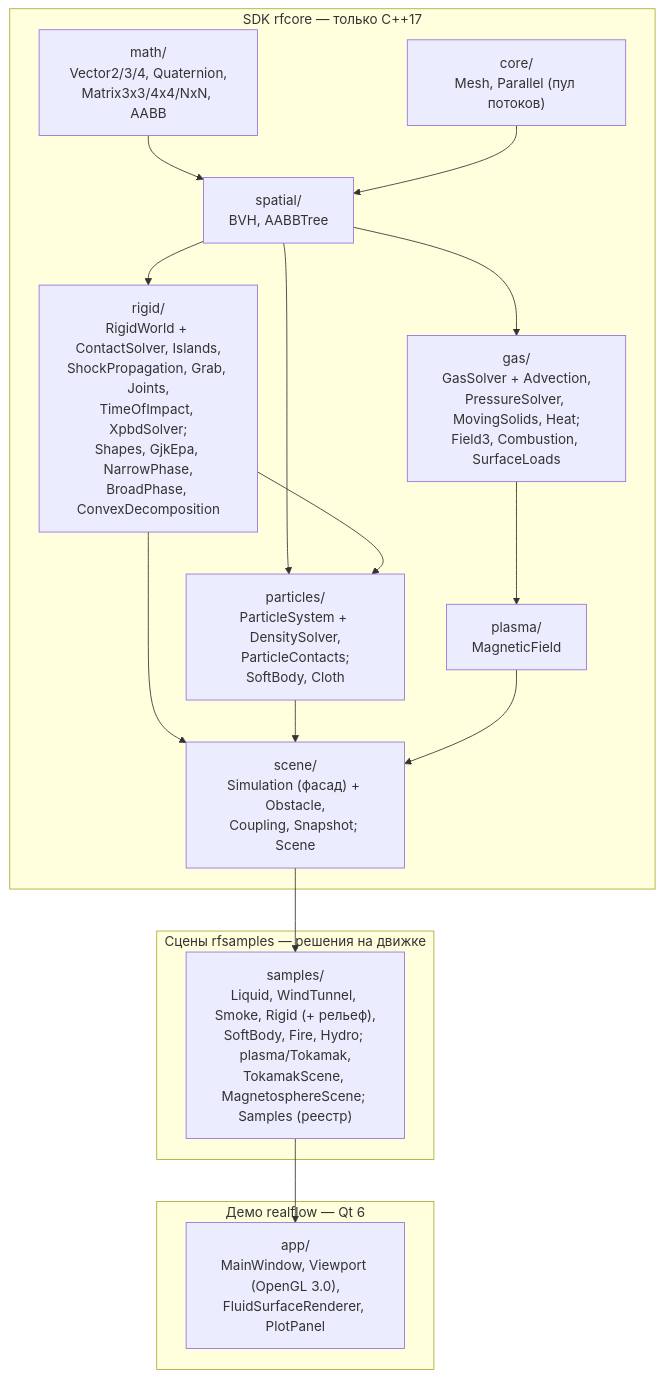
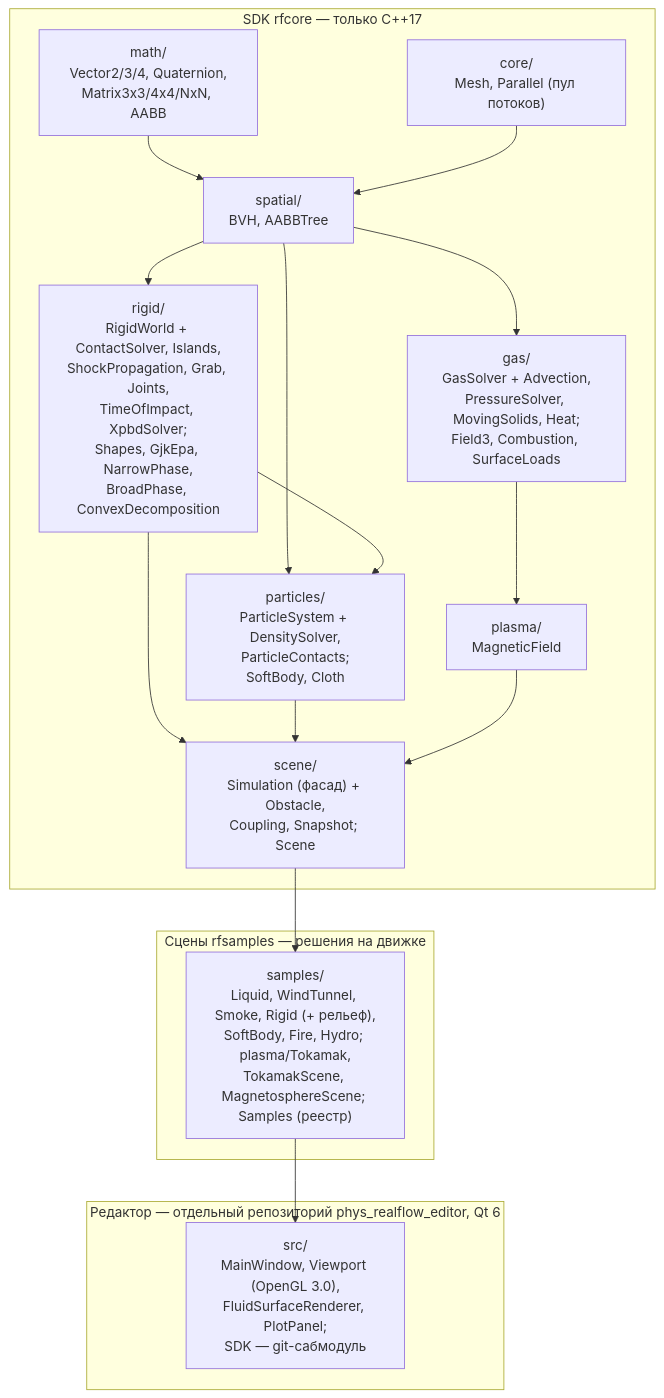
Before and after one commit to werasaimon/phys_realflow: the diagram in docs/README.md, drawn with Mermaid. The commit also changed other lines of this file and 24 other files, not shown here.

First line of the commit message:
Разделение: SDK без Qt, редактор в phys_realflow_editor с SDK как сабмодулем

````diff
--- a/docs/README.md
+++ b/docs/README.md
@@ -38,31 +38,31 @@
 ```mermaid
 flowchart TB
     subgraph SDK["SDK rfcore — только C++17"]
         math["math/<br/>Vector2/3/4, Quaternion,<br/>Matrix3x3/4x4/NxN, AABB"]
         core["core/<br/>Mesh, Parallel (пул потоков)"]
         spatial["spatial/<br/>BVH, AABBTree"]
         rigid["rigid/<br/>RigidWorld + ContactSolver, Islands,<br/>ShockPropagation, Grab, Joints,<br/>TimeOfImpact, XpbdSolver;<br/>Shapes, GjkEpa, NarrowPhase,<br/>BroadPhase, ConvexDecomposition"]
         particles["particles/<br/>ParticleSystem + DensitySolver,<br/>ParticleContacts;<br/>SoftBody, Cloth"]
         gas["gas/<br/>GasSolver + Advection,<br/>PressureSolver, MovingSolids, Heat;<br/>Field3, Combustion, SurfaceLoads"]
         plasma["plasma/<br/>MagneticField"]
         scene["scene/<br/>Simulation (фасад) + Obstacle,<br/>Coupling, Snapshot; Scene"]
         math --> spatial
         core --> spatial
         spatial --> rigid
         spatial --> particles
         spatial --> gas
         gas --> plasma
         rigid --> particles
         rigid --> scene
         particles --> scene
         plasma --> scene
     end
     subgraph SAMPLES["Сцены rfsamples — решения на движке"]
         samples["samples/<br/>Liquid, WindTunnel, Smoke, Rigid (+ рельеф),<br/>SoftBody, Fire, Hydro; plasma/Tokamak,<br/>TokamakScene, MagnetosphereScene; Samples (реестр)"]
     end
-    subgraph APP["Демо realflow — Qt 6"]
-        app["app/<br/>MainWindow, Viewport (OpenGL 3.0),<br/>FluidSurfaceRenderer, PlotPanel"]
+    subgraph APP["Редактор — отдельный репозиторий phys_realflow_editor, Qt 6"]
+        app["src/<br/>MainWindow, Viewport (OpenGL 3.0),<br/>FluidSurfaceRenderer, PlotPanel;<br/>SDK — git-сабмодуль"]
     end
     scene --> samples
     samples --> app
 ```
````
